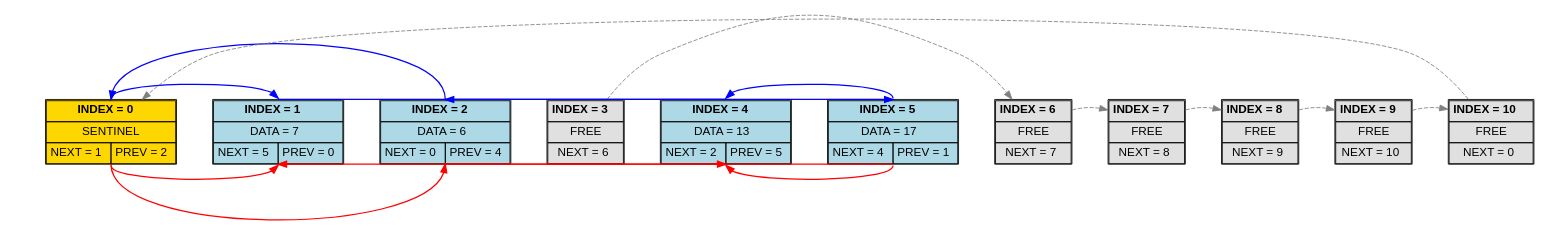
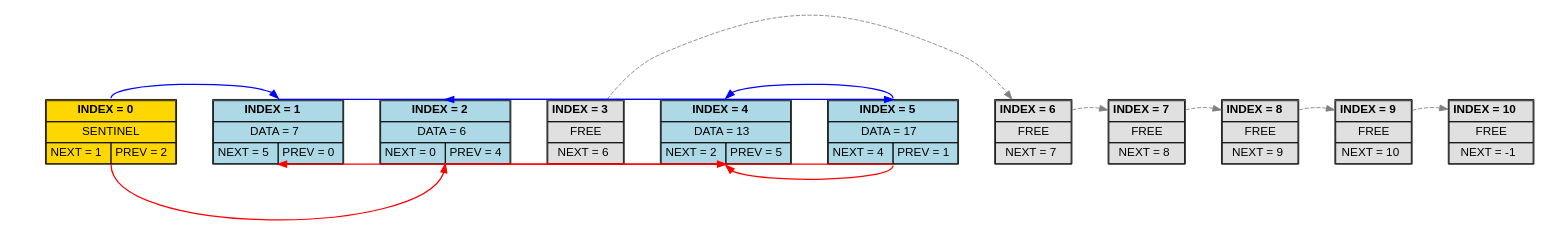
Before and after one commit to Kunanta0/List: the diagram in dump.dot, drawn with Graphviz.

```diff
--- a/dump.dot
+++ b/dump.dot
@@ -1,123 +1,120 @@
 digraph G {
  rankdir=TB;
  splines=true;
  nodesep=0.6;
  ranksep=1.5;
  node [shape=none, margin=0, fontname="Helvetica"];
  anchor [shape=point, style=invis, width=0];
  { rank=same; anchor;  node0 [label=<
  <table border="1" cellborder="1" cellspacing="0" cellpadding="4" bgcolor="gold">
  <tr><td colspan="2"><b>INDEX = 0</b></td></tr>
  <tr><td colspan="2">SENTINEL</td></tr>
  <tr><td>NEXT = 1</td><td>PREV = 2</td></tr>
  </table>
  >];
  node1 [label=<
  <table border="1" cellborder="1" cellspacing="0" cellpadding="4" bgcolor="#add8e6">
  <tr><td colspan="2"><b>INDEX = 1</b></td></tr>
  <tr><td colspan="2">DATA = 7</td></tr>
  <tr><td>NEXT = 5</td><td>PREV = 0</td></tr>
  </table>
  >];
  node2 [label=<
  <table border="1" cellborder="1" cellspacing="0" cellpadding="4" bgcolor="#add8e6">
  <tr><td colspan="2"><b>INDEX = 2</b></td></tr>
  <tr><td colspan="2">DATA = 6</td></tr>
  <tr><td>NEXT = 0</td><td>PREV = 4</td></tr>
  </table>
  >];
  node3 [label=<
  <table border="1" cellborder="1" cellspacing="0" cellpadding="4" bgcolor="#e0e0e0">
  <tr><td colspan="2"><b>INDEX = 3</b></td></tr>
  <tr><td colspan="2">FREE</td></tr>
  <tr><td colspan="2">NEXT = 6</td></tr>
  </table>
  >];
  node4 [label=<
  <table border="1" cellborder="1" cellspacing="0" cellpadding="4" bgcolor="#add8e6">
  <tr><td colspan="2"><b>INDEX = 4</b></td></tr>
  <tr><td colspan="2">DATA = 13</td></tr>
  <tr><td>NEXT = 2</td><td>PREV = 5</td></tr>
  </table>
  >];
  node5 [label=<
  <table border="1" cellborder="1" cellspacing="0" cellpadding="4" bgcolor="#add8e6">
  <tr><td colspan="2"><b>INDEX = 5</b></td></tr>
  <tr><td colspan="2">DATA = 17</td></tr>
  <tr><td>NEXT = 4</td><td>PREV = 1</td></tr>
  </table>
  >];
  node6 [label=<
  <table border="1" cellborder="1" cellspacing="0" cellpadding="4" bgcolor="#e0e0e0">
  <tr><td colspan="2"><b>INDEX = 6</b></td></tr>
  <tr><td colspan="2">FREE</td></tr>
  <tr><td colspan="2">NEXT = 7</td></tr>
  </table>
  >];
  node7 [label=<
  <table border="1" cellborder="1" cellspacing="0" cellpadding="4" bgcolor="#e0e0e0">
  <tr><td colspan="2"><b>INDEX = 7</b></td></tr>
  <tr><td colspan="2">FREE</td></tr>
  <tr><td colspan="2">NEXT = 8</td></tr>
  </table>
  >];
  node8 [label=<
  <table border="1" cellborder="1" cellspacing="0" cellpadding="4" bgcolor="#e0e0e0">
  <tr><td colspan="2"><b>INDEX = 8</b></td></tr>
  <tr><td colspan="2">FREE</td></tr>
  <tr><td colspan="2">NEXT = 9</td></tr>
  </table>
  >];
  node9 [label=<
  <table border="1" cellborder="1" cellspacing="0" cellpadding="4" bgcolor="#e0e0e0">
  <tr><td colspan="2"><b>INDEX = 9</b></td></tr>
  <tr><td colspan="2">FREE</td></tr>
  <tr><td colspan="2">NEXT = 10</td></tr>
  </table>
  >];
  node10 [label=<
  <table border="1" cellborder="1" cellspacing="0" cellpadding="4" bgcolor="#e0e0e0">
  <tr><td colspan="2"><b>INDEX = 10</b></td></tr>
  <tr><td colspan="2">FREE</td></tr>
- <tr><td colspan="2">NEXT = 0</td></tr>
+ <tr><td colspan="2">NEXT = -1</td></tr>
  </table>
  >];
  }
  anchor -> node0 [style=invis];
  anchor -> node1 [style=invis];
  node0 -> node1 [style=invis, weight=100];
  anchor -> node2 [style=invis];
  node1 -> node2 [style=invis, weight=100];
  anchor -> node3 [style=invis];
  node2 -> node3 [style=invis, weight=100];
  anchor -> node4 [style=invis];
  node3 -> node4 [style=invis, weight=100];
  anchor -> node5 [style=invis];
  node4 -> node5 [style=invis, weight=100];
  anchor -> node6 [style=invis];
  node5 -> node6 [style=invis, weight=100];
  anchor -> node7 [style=invis];
  node6 -> node7 [style=invis, weight=100];
  anchor -> node8 [style=invis];
  node7 -> node8 [style=invis, weight=100];
  anchor -> node9 [style=invis];
  node8 -> node9 [style=invis, weight=100];
  anchor -> node10 [style=invis];
  node9 -> node10 [style=invis, weight=100];
  node0:n -> node1:n [color=blue, constraint=false, penwidth=1.5];
  node1:n -> node5:n [color=blue, constraint=false, penwidth=1.5];
- node2:n -> node0:n [color=blue, constraint=false, penwidth=1.5];
  node4:n -> node2:n [color=blue, constraint=false, penwidth=1.5];
  node5:n -> node4:n [color=blue, constraint=false, penwidth=1.5];
  node2:s -> node0:s [color=red, dir=back, constraint=false, penwidth=1.5];
- node0:s -> node1:s [color=red, dir=back, constraint=false, penwidth=1.5];
  node4:s -> node2:s [color=red, dir=back, constraint=false, penwidth=1.5];
  node5:s -> node4:s [color=red, dir=back, constraint=false, penwidth=1.5];
  node1:s -> node5:s [color=red, dir=back, constraint=false, penwidth=1.5];
  node3 -> node6 [color=gray, style=dashed, constraint=false];
  node6 -> node7 [color=gray, style=dashed, constraint=false];
  node7 -> node8 [color=gray, style=dashed, constraint=false];
  node8 -> node9 [color=gray, style=dashed, constraint=false];
  node9 -> node10 [color=gray, style=dashed, constraint=false];
- node10 -> node0 [color=gray, style=dashed, constraint=false];
 }
```
